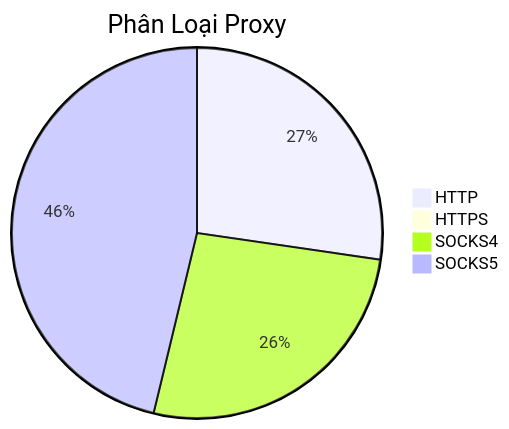
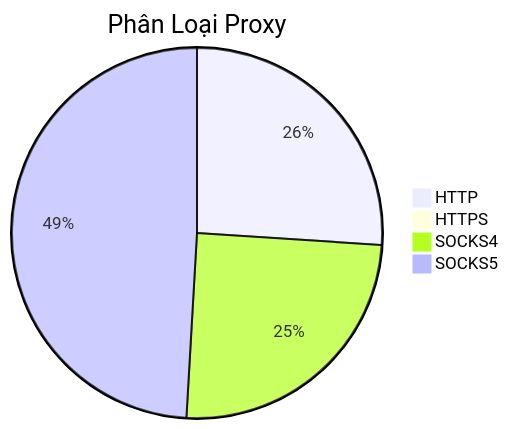
The diagram in README.md (Ciara-Aa/PROXY-free), drawn with Mermaid before and after one commit. The commit also changed other lines of this file and 3 other files, not shown here.

````diff
--- a/README.md
+++ b/README.md
@@ -26,7 +26,7 @@
 ```mermaid
 pie title Phân Loại Proxy
-    "HTTP" : 225
+    "HTTP" : 200
     "HTTPS" : 1
-    "SOCKS4" : 218
-    "SOCKS5" : 381
+    "SOCKS4" : 191
+    "SOCKS5" : 377
 ```
````
